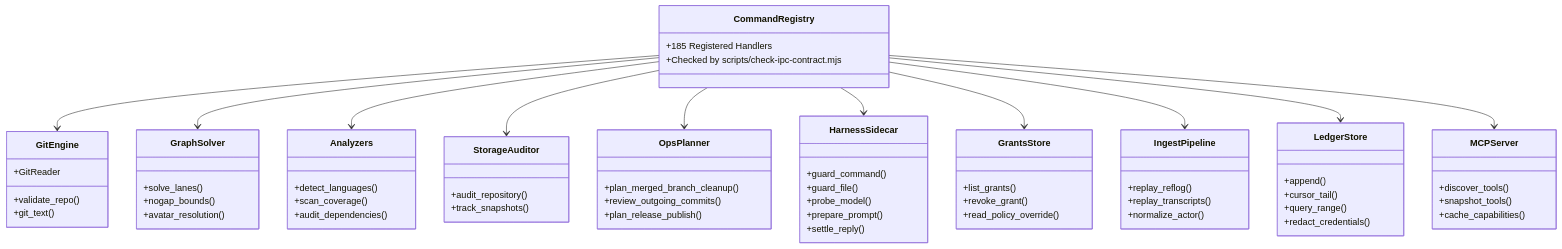
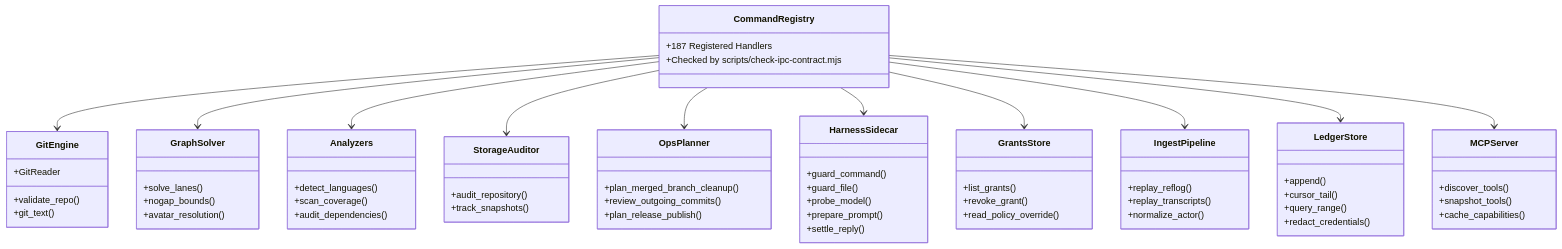
Before and after one commit to bharathvbcr/GitPulse: the third of 4 diagrams in docs/ARCHITECTURE.md, drawn with Mermaid. The commit also changed other lines of this file and 179 other files, not shown here.

````diff
--- a/docs/ARCHITECTURE.md
+++ b/docs/ARCHITECTURE.md
@@ -150,70 +150,70 @@
 ```mermaid
 classDiagram
     class CommandRegistry {
-        +185 Registered Handlers
+        +187 Registered Handlers
         +Checked by scripts/check-ipc-contract.mjs
     }
     class GitEngine {
         +validate_repo()
         +git_text()
         +GitReader
     }
     class GraphSolver {
         +solve_lanes()
         +nogap_bounds()
         +avatar_resolution()
     }
     class Analyzers {
         +detect_languages()
         +scan_coverage()
         +audit_dependencies()
     }
     class StorageAuditor {
         +audit_repository()
         +track_snapshots()
     }
     class GrantsStore {
         +list_grants()
         +revoke_grant()
         +read_policy_override()
     }
     class IngestPipeline {
         +replay_reflog()
         +replay_transcripts()
         +normalize_actor()
     }
     class LedgerStore {
         +append()
         +cursor_tail()
         +query_range()
         +redact_credentials()
     }
     class OpsPlanner {
         +plan_merged_branch_cleanup()
         +review_outgoing_commits()
         +plan_release_publish()
     }
     class MCPServer {
         +discover_tools()
         +snapshot_tools()
         +cache_capabilities()
     }
     class HarnessSidecar {
         +guard_command()
         +guard_file()
         +probe_model()
         +prepare_prompt()
         +settle_reply()
     }
 
     CommandRegistry --> GitEngine
     CommandRegistry --> GraphSolver
     CommandRegistry --> Analyzers
     CommandRegistry --> StorageAuditor
     CommandRegistry --> OpsPlanner
     CommandRegistry --> HarnessSidecar
     CommandRegistry --> GrantsStore
     CommandRegistry --> IngestPipeline
     CommandRegistry --> LedgerStore
     CommandRegistry --> MCPServer
 ```
````
